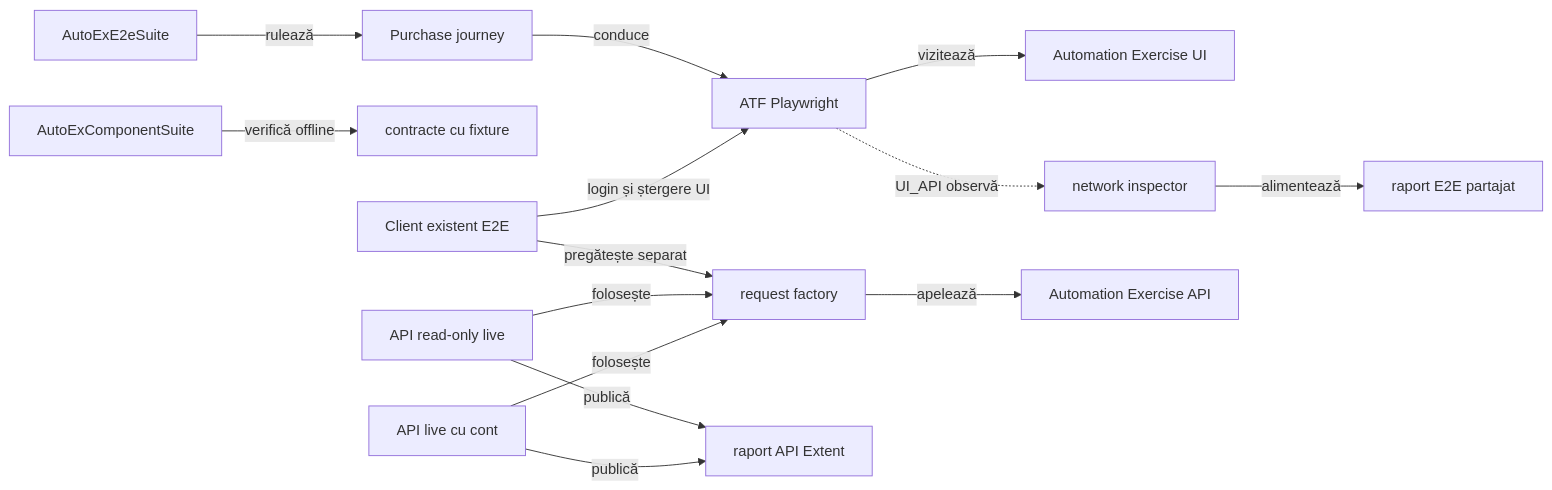
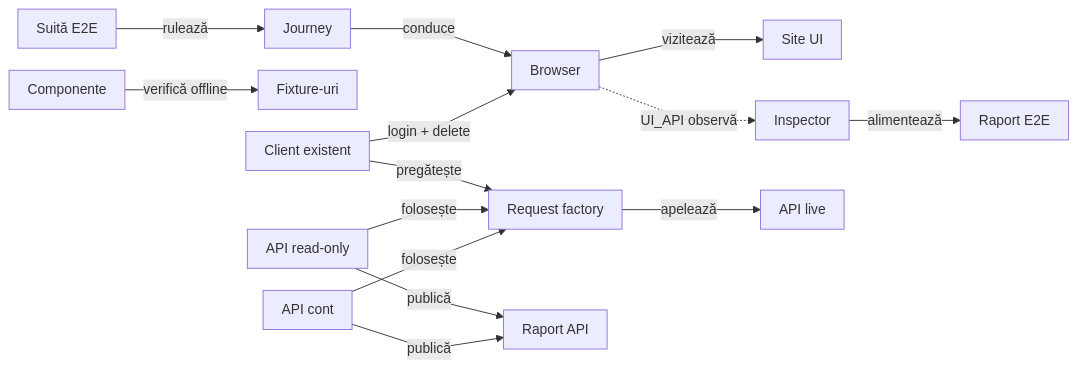
The fifth of 9 diagrams in atf-test-auto-ex/README.md (crististefanita/atf_j0), drawn with Mermaid before and after one commit. The commit also changed other lines of this file and 97 other files, not shown here.

````diff
--- a/atf-test-auto-ex/README.md
+++ b/atf-test-auto-ex/README.md
@@ -666,16 +719,17 @@
 ```mermaid
+%%{init: {"themeVariables":{"fontSize":"15px"},"themeCSS":".nodeLabel, .nodeLabel p { font-size: 15px !important; line-height: 1.35 !important; } .edgeLabel, .edgeLabel p { font-size: 12px !important; font-weight: 400 !important; line-height: 1.2 !important; } .edgeLabel .labelBkg, .edgeLabel p { background: transparent !important; } .edgeLabel foreignObject { transform: translateY(-28px); overflow: visible; } .node rect { rx: 6px; ry: 6px; } .edgeLabel [data-id=\"L_Existing_Factory_0\"] foreignObject { transform: translate(0px, -18px); } .edgeLabel [data-id=\"L_ReadOnly_Factory_0\"] foreignObject { transform: translate(0px, -18px); } .edgeLabel [data-id=\"L_AccountApi_Factory_0\"] foreignObject { transform: translate(0px, -18px); } .edgeLabel [data-id=\"L_ReadOnly_ApiReport_0\"] foreignObject { transform: translate(0px, -18px); } .edgeLabel [data-id=\"L_AccountApi_ApiReport_0\"] foreignObject { transform: translate(0px, -18px); }","flowchart":{"curve":"linear","nodeSpacing":24,"rankSpacing":40,"padding":10,"diagramPadding":24}}}%%
 flowchart LR
-    E2E[AutoExE2eSuite] -->|rulează| Journey[Purchase journey]
-    Journey -->|conduce| Browser[ATF Playwright]
-    Browser -->|vizitează| Site[Automation Exercise UI]
-    Browser -.->|UI_API observă| Inspector[network inspector]
-    Inspector -->|alimentează| UiReport[raport E2E partajat]
-    Components[AutoExComponentSuite] -->|verifică offline| Fixtures[contracte cu fixture]
-    Existing[Client existent E2E] -->|pregătește separat| Factory
-    Existing -->|login și ștergere UI| Browser
-    ReadOnly[API read-only live] -->|folosește| Factory[request factory]
-    AccountApi[API live cu cont] -->|folosește| Factory
-    Factory -->|apelează| Api[Automation Exercise API]
-    ReadOnly -->|publică| ApiReport[raport API Extent]
+    E2E["Suită E2E"] -->|rulează| Journey["Journey"]
+    Journey -->|conduce| Browser["Browser"]
+    Browser -->|vizitează| Site["Site UI"]
+    Browser -.->|UI_API observă| Inspector["Inspector"]
+    Inspector -->|alimentează| UiReport["Raport E2E"]
+    Components["Componente"] -->|verifică offline| Fixtures["Fixture-uri"]
+    Existing["Client existent"] -->|pregătește| Factory
+    Existing -->|login + delete| Browser
+    ReadOnly["API read-only"] -->|folosește| Factory["Request factory"]
+    AccountApi["API cont"] -->|folosește| Factory
+    Factory -->|apelează| Api["API live"]
+    ReadOnly -->|publică| ApiReport["Raport API"]
     AccountApi -->|publică| ApiReport
 ```
````
